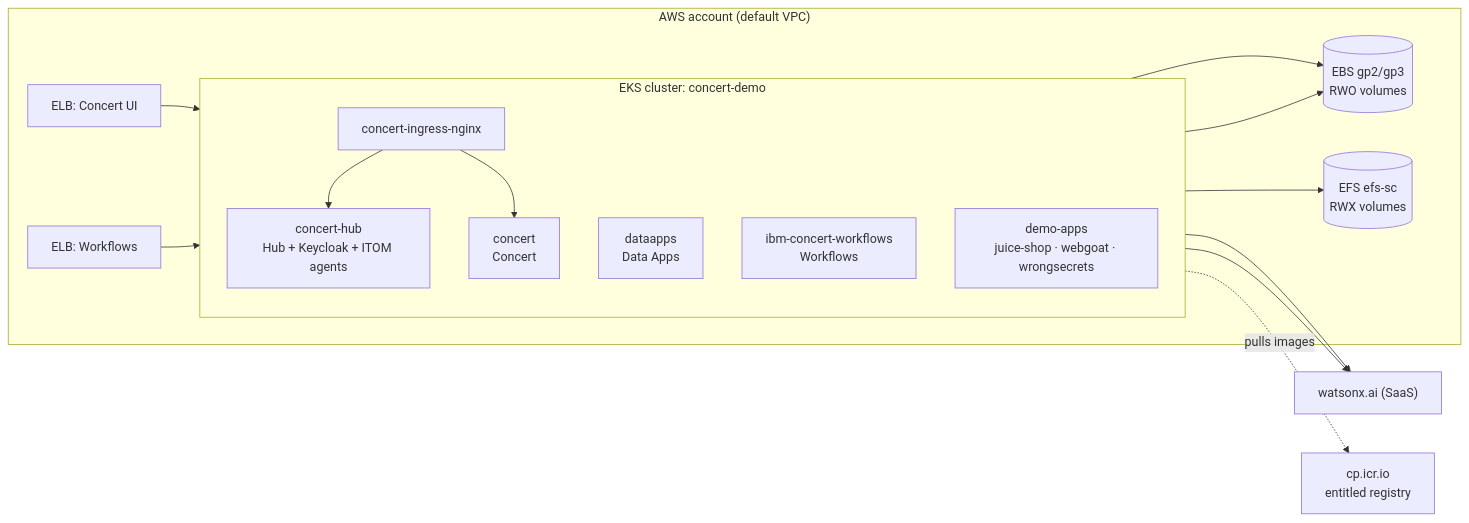
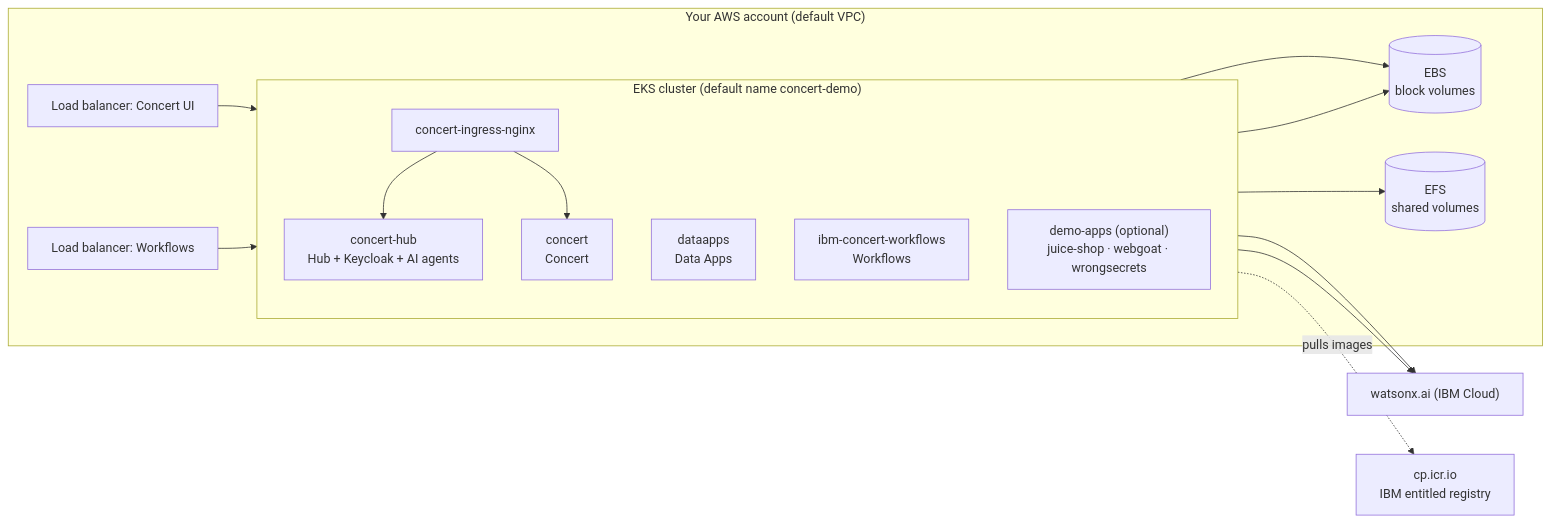
Before and after one commit to vivek99singh/concerteks: the first of 2 diagrams in README.md, drawn with Mermaid. The commit also changed other lines of this file and 5 other files, not shown here.

First line of the commit message:
README for anyone exploring Concert on EKS; sample data is optional; add 04-concert-k8s-access.sh

````diff
--- a/README.md
+++ b/README.md
@@ -30,26 +55,26 @@
 ```mermaid
 flowchart LR
-  subgraph AWS["AWS account (default VPC)"]
-    subgraph EKS["EKS cluster: concert-demo"]
+  subgraph AWS["Your AWS account (default VPC)"]
+    subgraph EKS["EKS cluster (default name concert-demo)"]
       direction TB
-      HUB["concert-hub<br/>Hub + Keycloak + ITOM agents"]
+      HUB["concert-hub<br/>Hub + Keycloak + AI agents"]
       CON["concert<br/>Concert"]
       DA["dataapps<br/>Data Apps"]
       WF["ibm-concert-workflows<br/>Workflows"]
-      DEMO["demo-apps<br/>juice-shop · webgoat · wrongsecrets"]
+      DEMO["demo-apps (optional)<br/>juice-shop · webgoat · wrongsecrets"]
       NGX["concert-ingress-nginx"]
     end
-    EBS[("EBS gp2/gp3<br/>RWO volumes")]
-    EFS[("EFS efs-sc<br/>RWX volumes")]
-    ELB1["ELB: Concert UI"]
-    ELB2["ELB: Workflows"]
+    EBS[("EBS<br/>block volumes")]
+    EFS[("EFS<br/>shared volumes")]
+    ELB1["Load balancer: Concert UI"]
+    ELB2["Load balancer: Workflows"]
   end
-  WX["watsonx.ai (SaaS)"]
-  ICR["cp.icr.io<br/>entitled registry"]
+  WX["watsonx.ai (IBM Cloud)"]
+  ICR["cp.icr.io<br/>IBM entitled registry"]
   ELB1 --> NGX --> CON & HUB
   ELB2 --> WF
   CON & HUB --> WX
   EKS -. pulls images .-> ICR
   CON & HUB --> EBS
   CON --> EFS
 ```
````
